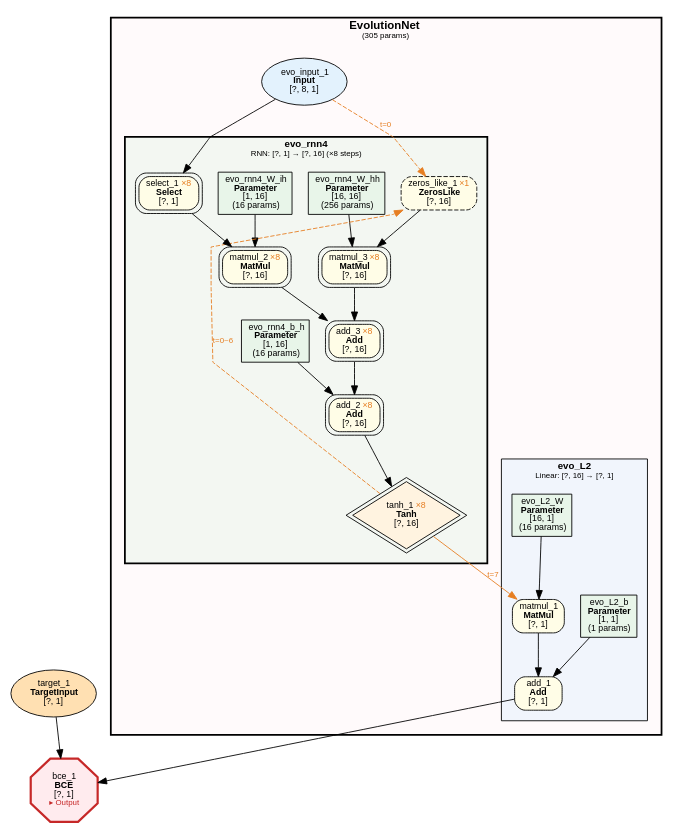
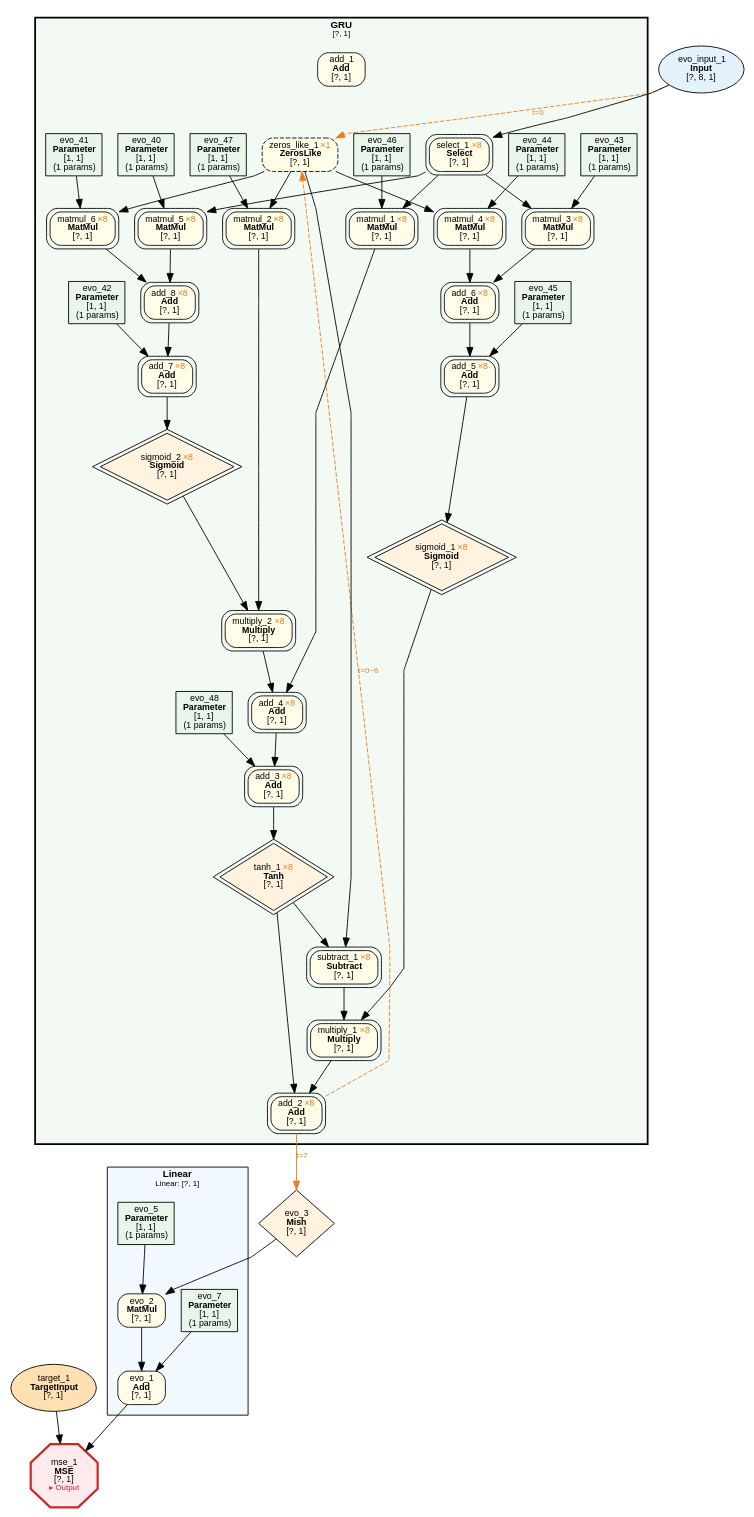
One commit to dbsxdbsx/only_torch changed the diagram in examples/evolution/parity_seq/evolution_parity_seq.dot. Above: the diagram before and after it, drawn with Graphviz. The commit also changed 14 other files, not shown here.

```diff
--- a/examples/evolution/parity_seq/evolution_parity_seq.dot
+++ b/examples/evolution/parity_seq/evolution_parity_seq.dot
@@ -1,74 +1,113 @@
 digraph ComputeGraph {
     rankdir=TB;
     newrank=true;
     splines=polyline;
     node [fontname="Microsoft YaHei,SimHei,Arial"];
     edge [fontname="Microsoft YaHei,SimHei,Arial"];
 
-    subgraph cluster_model_EvolutionNet {
-        label=<<B>EvolutionNet</B><BR/><FONT POINT-SIZE="9">(305 params)</FONT>>;
-        style="filled,bold";
-        fillcolor="#FFEBEE40";
+    subgraph cluster_group_linear_1 {
+        label=<<B>Linear</B><BR/><FONT POINT-SIZE="9">Linear: [?, 1]</FONT>>;
+        style=filled;
+        fillcolor="#E3F2FD80";
         fontname="Microsoft YaHei,SimHei,Arial";
-        fontsize=13;
-        margin=16;
-
-        subgraph cluster_EvolutionNet_evo_L2 {
-            label=<<B>evo_L2</B><BR/><FONT POINT-SIZE="9">Linear: [?, 16] → [?, 1]</FONT>>;
-            style=filled;
-            fillcolor="#E3F2FD80";
-            fontname="Microsoft YaHei,SimHei,Arial";
-            fontsize=11;
-            margin=12;
-                "2" [label=<add_1<BR/><B>Add</B><BR/>[?, 1]> shape=box style="filled,rounded" fillcolor="#FFFDE7" fontsize=10];
-                "4" [label=<matmul_1<BR/><B>MatMul</B><BR/>[?, 1]> shape=box style="filled,rounded" fillcolor="#FFFDE7" fontsize=10];
-                "5" [label=<evo_L2_b<BR/><B>Parameter</B><BR/>[1, 1]<BR/>(1 params)> shape=box style=filled fillcolor="#E8F5E9" fontsize=10];
-                "6" [label=<evo_L2_W<BR/><B>Parameter</B><BR/>[16, 1]<BR/>(16 params)> shape=box style=filled fillcolor="#E8F5E9" fontsize=10];
-        }
-
-        subgraph cluster_EvolutionNet_evo_rnn4 {
-            label=<<B>evo_rnn4</B><BR/><FONT POINT-SIZE="9">RNN: [?, 1] → [?, 16] (×8 steps)</FONT>>;
-            style="filled,bold";
-            peripheries=3;
-            penwidth=2;
-            fillcolor="#E8F5E980";
-            fontname="Microsoft YaHei,SimHei,Arial";
-            fontsize=11;
-            margin=12;
-                "7" [label=<evo_rnn4_b_h<BR/><B>Parameter</B><BR/>[1, 16]<BR/>(16 params)> shape=box style=filled fillcolor="#E8F5E9" fontsize=10];
-                "8" [label=<evo_rnn4_W_ih<BR/><B>Parameter</B><BR/>[1, 16]<BR/>(16 params)> shape=box style=filled fillcolor="#E8F5E9" fontsize=10];
-                "9" [label=<evo_rnn4_W_hh<BR/><B>Parameter</B><BR/>[16, 16]<BR/>(256 params)> shape=box style=filled fillcolor="#E8F5E9" fontsize=10];
-                "11" [label=<tanh_1 <FONT COLOR="#E67E22">×8</FONT><BR/><B>Tanh</B><BR/>[?, 16]> shape=diamond style=filled fillcolor="#FFF3E0" fontsize=10 peripheries=2];
-                "12" [label=<add_2 <FONT COLOR="#E67E22">×8</FONT><BR/><B>Add</B><BR/>[?, 16]> shape=box style="filled,rounded" fillcolor="#FFFDE7" fontsize=10 peripheries=2];
-                "13" [label=<add_3 <FONT COLOR="#E67E22">×8</FONT><BR/><B>Add</B><BR/>[?, 16]> shape=box style="filled,rounded" fillcolor="#FFFDE7" fontsize=10 peripheries=2];
-                "14" [label=<matmul_2 <FONT COLOR="#E67E22">×8</FONT><BR/><B>MatMul</B><BR/>[?, 16]> shape=box style="filled,rounded" fillcolor="#FFFDE7" fontsize=10 peripheries=2];
-                "15" [label=<matmul_3 <FONT COLOR="#E67E22">×8</FONT><BR/><B>MatMul</B><BR/>[?, 16]> shape=box style="filled,rounded" fillcolor="#FFFDE7" fontsize=10 peripheries=2];
-                "16" [label=<select_1 <FONT COLOR="#E67E22">×8</FONT><BR/><B>Select</B><BR/>[?, 1]> shape=box style="filled,rounded" fillcolor="#FFFDE7" fontsize=10 peripheries=2];
-                "17" [label=<zeros_like_1 <FONT COLOR="#E67E22">×1</FONT><BR/><B>ZerosLike</B><BR/>[?, 16]> shape=box style="filled,rounded,dashed" fillcolor="#FFFDE7" fontsize=10];
-        }
-
-        "10" [label=<evo_input_1<BR/><B>Input</B><BR/>[?, 8, 1]> shape=ellipse style=filled fillcolor="#E3F2FD" fontsize=10];
+        fontsize=11;
+        margin=12;
+            "2" [label=<evo_1<BR/><B>Add</B><BR/>[?, 1]> shape=box style="filled,rounded" fillcolor="#FFFDE7" fontsize=10];
+            "4" [label=<evo_2<BR/><B>MatMul</B><BR/>[?, 1]> shape=box style="filled,rounded" fillcolor="#FFFDE7" fontsize=10];
+            "5" [label=<evo_7<BR/><B>Parameter</B><BR/>[1, 1]<BR/>(1 params)> shape=box style=filled fillcolor="#E8F5E9" fontsize=10];
+            "7" [label=<evo_5<BR/><B>Parameter</B><BR/>[1, 1]<BR/>(1 params)> shape=box style=filled fillcolor="#E8F5E9" fontsize=10];
     }
 
-    "1" [label=<bce_1<BR/><B>BCE</B><BR/>[?, 1]<BR/><FONT COLOR="#C62828" POINT-SIZE="9">▸ Output</FONT>> shape=octagon style=filled fillcolor="#FFEBEE" fontsize=10 penwidth=2.5 color="#C62828"];
+    subgraph cluster_group_gru_0 {
+        label=<<B>GRU</B><BR/><FONT POINT-SIZE="9">[?, 1]</FONT>>;
+        style="filled,bold";
+        peripheries=3;
+        penwidth=2;
+        fillcolor="#E8F5E980";
+        fontname="Microsoft YaHei,SimHei,Arial";
+        fontsize=11;
+        margin=12;
+            "8" [label=<add_1<BR/><B>Add</B><BR/>[?, 1]> shape=box style="filled,rounded" fillcolor="#FFFDE7" fontsize=10];
+            "9" [label=<evo_48<BR/><B>Parameter</B><BR/>[1, 1]<BR/>(1 params)> shape=box style=filled fillcolor="#E8F5E9" fontsize=10];
+            "10" [label=<evo_45<BR/><B>Parameter</B><BR/>[1, 1]<BR/>(1 params)> shape=box style=filled fillcolor="#E8F5E9" fontsize=10];
+            "11" [label=<evo_46<BR/><B>Parameter</B><BR/>[1, 1]<BR/>(1 params)> shape=box style=filled fillcolor="#E8F5E9" fontsize=10];
+            "13" [label=<evo_47<BR/><B>Parameter</B><BR/>[1, 1]<BR/>(1 params)> shape=box style=filled fillcolor="#E8F5E9" fontsize=10];
+            "14" [label=<evo_43<BR/><B>Parameter</B><BR/>[1, 1]<BR/>(1 params)> shape=box style=filled fillcolor="#E8F5E9" fontsize=10];
+            "15" [label=<evo_44<BR/><B>Parameter</B><BR/>[1, 1]<BR/>(1 params)> shape=box style=filled fillcolor="#E8F5E9" fontsize=10];
+            "16" [label=<evo_42<BR/><B>Parameter</B><BR/>[1, 1]<BR/>(1 params)> shape=box style=filled fillcolor="#E8F5E9" fontsize=10];
+            "17" [label=<evo_40<BR/><B>Parameter</B><BR/>[1, 1]<BR/>(1 params)> shape=box style=filled fillcolor="#E8F5E9" fontsize=10];
+            "18" [label=<evo_41<BR/><B>Parameter</B><BR/>[1, 1]<BR/>(1 params)> shape=box style=filled fillcolor="#E8F5E9" fontsize=10];
+            "19" [label=<add_2 <FONT COLOR="#E67E22">×8</FONT><BR/><B>Add</B><BR/>[?, 1]> shape=box style="filled,rounded" fillcolor="#FFFDE7" fontsize=10 peripheries=2];
+            "20" [label=<tanh_1 <FONT COLOR="#E67E22">×8</FONT><BR/><B>Tanh</B><BR/>[?, 1]> shape=diamond style=filled fillcolor="#FFF3E0" fontsize=10 peripheries=2];
+            "21" [label=<multiply_1 <FONT COLOR="#E67E22">×8</FONT><BR/><B>Multiply</B><BR/>[?, 1]> shape=box style="filled,rounded" fillcolor="#FFFDE7" fontsize=10 peripheries=2];
+            "22" [label=<add_3 <FONT COLOR="#E67E22">×8</FONT><BR/><B>Add</B><BR/>[?, 1]> shape=box style="filled,rounded" fillcolor="#FFFDE7" fontsize=10 peripheries=2];
+            "23" [label=<sigmoid_1 <FONT COLOR="#E67E22">×8</FONT><BR/><B>Sigmoid</B><BR/>[?, 1]> shape=diamond style=filled fillcolor="#FFF3E0" fontsize=10 peripheries=2];
+            "24" [label=<subtract_1 <FONT COLOR="#E67E22">×8</FONT><BR/><B>Subtract</B><BR/>[?, 1]> shape=box style="filled,rounded" fillcolor="#FFFDE7" fontsize=10 peripheries=2];
+            "25" [label=<add_4 <FONT COLOR="#E67E22">×8</FONT><BR/><B>Add</B><BR/>[?, 1]> shape=box style="filled,rounded" fillcolor="#FFFDE7" fontsize=10 peripheries=2];
+            "26" [label=<add_5 <FONT COLOR="#E67E22">×8</FONT><BR/><B>Add</B><BR/>[?, 1]> shape=box style="filled,rounded" fillcolor="#FFFDE7" fontsize=10 peripheries=2];
+            "27" [label=<zeros_like_1 <FONT COLOR="#E67E22">×1</FONT><BR/><B>ZerosLike</B><BR/>[?, 1]> shape=box style="filled,rounded,dashed" fillcolor="#FFFDE7" fontsize=10];
+            "28" [label=<matmul_1 <FONT COLOR="#E67E22">×8</FONT><BR/><B>MatMul</B><BR/>[?, 1]> shape=box style="filled,rounded" fillcolor="#FFFDE7" fontsize=10 peripheries=2];
+            "29" [label=<multiply_2 <FONT COLOR="#E67E22">×8</FONT><BR/><B>Multiply</B><BR/>[?, 1]> shape=box style="filled,rounded" fillcolor="#FFFDE7" fontsize=10 peripheries=2];
+            "30" [label=<add_6 <FONT COLOR="#E67E22">×8</FONT><BR/><B>Add</B><BR/>[?, 1]> shape=box style="filled,rounded" fillcolor="#FFFDE7" fontsize=10 peripheries=2];
+            "31" [label=<select_1 <FONT COLOR="#E67E22">×8</FONT><BR/><B>Select</B><BR/>[?, 1]> shape=box style="filled,rounded" fillcolor="#FFFDE7" fontsize=10 peripheries=2];
+            "32" [label=<sigmoid_2 <FONT COLOR="#E67E22">×8</FONT><BR/><B>Sigmoid</B><BR/>[?, 1]> shape=diamond style=filled fillcolor="#FFF3E0" fontsize=10 peripheries=2];
+            "33" [label=<matmul_2 <FONT COLOR="#E67E22">×8</FONT><BR/><B>MatMul</B><BR/>[?, 1]> shape=box style="filled,rounded" fillcolor="#FFFDE7" fontsize=10 peripheries=2];
+            "34" [label=<matmul_3 <FONT COLOR="#E67E22">×8</FONT><BR/><B>MatMul</B><BR/>[?, 1]> shape=box style="filled,rounded" fillcolor="#FFFDE7" fontsize=10 peripheries=2];
+            "35" [label=<matmul_4 <FONT COLOR="#E67E22">×8</FONT><BR/><B>MatMul</B><BR/>[?, 1]> shape=box style="filled,rounded" fillcolor="#FFFDE7" fontsize=10 peripheries=2];
+            "36" [label=<add_7 <FONT COLOR="#E67E22">×8</FONT><BR/><B>Add</B><BR/>[?, 1]> shape=box style="filled,rounded" fillcolor="#FFFDE7" fontsize=10 peripheries=2];
+            "37" [label=<add_8 <FONT COLOR="#E67E22">×8</FONT><BR/><B>Add</B><BR/>[?, 1]> shape=box style="filled,rounded" fillcolor="#FFFDE7" fontsize=10 peripheries=2];
+            "38" [label=<matmul_5 <FONT COLOR="#E67E22">×8</FONT><BR/><B>MatMul</B><BR/>[?, 1]> shape=box style="filled,rounded" fillcolor="#FFFDE7" fontsize=10 peripheries=2];
+            "39" [label=<matmul_6 <FONT COLOR="#E67E22">×8</FONT><BR/><B>MatMul</B><BR/>[?, 1]> shape=box style="filled,rounded" fillcolor="#FFFDE7" fontsize=10 peripheries=2];
+    }
+
+    "1" [label=<mse_1<BR/><B>MSE</B><BR/>[?, 1]<BR/><FONT COLOR="#C62828" POINT-SIZE="9">▸ Output</FONT>> shape=octagon style=filled fillcolor="#FFEBEE" fontsize=10 penwidth=2.5 color="#C62828"];
     "3" [label=<target_1<BR/><B>TargetInput</B><BR/>[?, 1]> shape=ellipse style=filled fillcolor="#FFE0B2" fontsize=10];
+    "6" [label=<evo_3<BR/><B>Mish</B><BR/>[?, 1]> shape=diamond style=filled fillcolor="#FFF3E0" fontsize=10];
+    "12" [label=<evo_input_1<BR/><B>Input</B><BR/>[?, 8, 1]> shape=ellipse style=filled fillcolor="#E3F2FD" fontsize=10];
 
     "2" -> "1";
     "3" -> "1";
     "4" -> "2";
     "5" -> "2";
-    "11" -> "4" [ color="#E67E22" label=<t=7> fontcolor="#E67E22" fontsize=9];
     "6" -> "4";
-    "12" -> "11";
-    "13" -> "12";
-    "7" -> "12";
-    "14" -> "13";
-    "15" -> "13";
-    "16" -> "14";
-    "8" -> "14";
-    "17" -> "15";
-    "9" -> "15";
-    "10" -> "16";
-    "10" -> "17" [ style=dashed color="#E67E22" label=<t=0> fontcolor="#E67E22" fontsize=9];
-    "11" -> "17" [style=dashed color="#E67E22" label=<t=0~6> fontcolor="#E67E22" fontsize=9 constraint=false];
+    "7" -> "4";
+    "19" -> "6" [ color="#E67E22" label=<t=7> fontcolor="#E67E22" fontsize=9];
+    "20" -> "19";
+    "21" -> "19";
+    "22" -> "20";
+    "23" -> "21";
+    "24" -> "21";
+    "25" -> "22";
+    "9" -> "22";
+    "26" -> "23";
+    "27" -> "24";
+    "20" -> "24";
+    "28" -> "25";
+    "29" -> "25";
+    "30" -> "26";
+    "10" -> "26";
+    "12" -> "27" [ style=dashed color="#E67E22" label=<t=0> fontcolor="#E67E22" fontsize=9];
+    "31" -> "28";
+    "11" -> "28";
+    "32" -> "29";
+    "33" -> "29";
+    "34" -> "30";
+    "35" -> "30";
+    "12" -> "31";
+    "36" -> "32";
+    "27" -> "33";
+    "13" -> "33";
+    "31" -> "34";
+    "14" -> "34";
+    "27" -> "35";
+    "15" -> "35";
+    "37" -> "36";
+    "16" -> "36";
+    "38" -> "37";
+    "39" -> "37";
+    "31" -> "38";
+    "17" -> "38";
+    "27" -> "39";
+    "18" -> "39";
+    "19" -> "27" [style=dashed color="#E67E22" label=<t=0~6> fontcolor="#E67E22" fontsize=9 constraint=false];
 }
```
